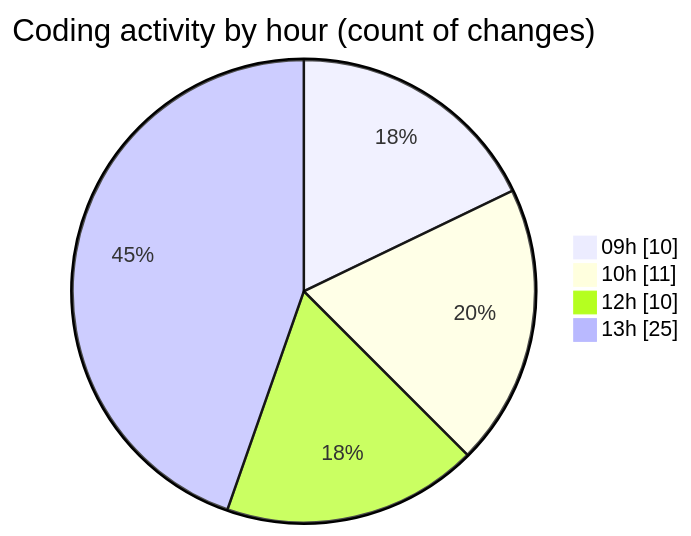
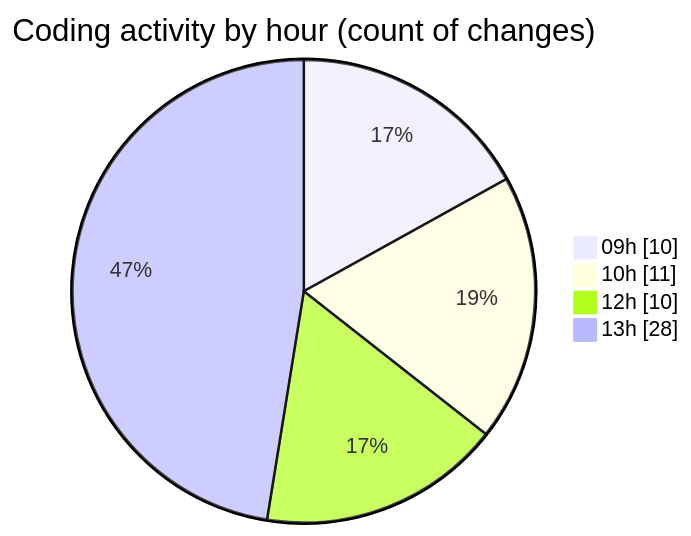
Before and after one commit to momahboobian/code-tracking: the second of 2 diagrams in 2025-09-12/cda/README.md, drawn with Mermaid. The commit also changed other lines of this file and 1 other file, not shown here.

````diff
--- a/2025-09-12/cda/README.md
+++ b/2025-09-12/cda/README.md
@@ -41,8 +42,8 @@
 ```mermaid
 pie showData
 title Coding activity by hour (count of changes)
 "09h" : 10
 "10h" : 11
 "12h" : 10
-"13h" : 25
+"13h" : 28
 ```
````
